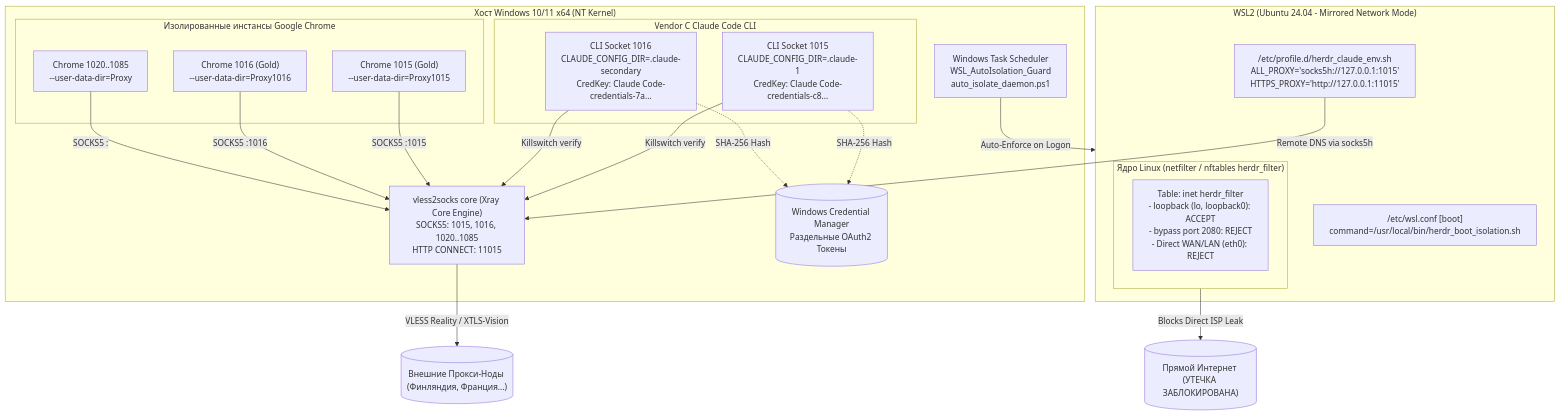
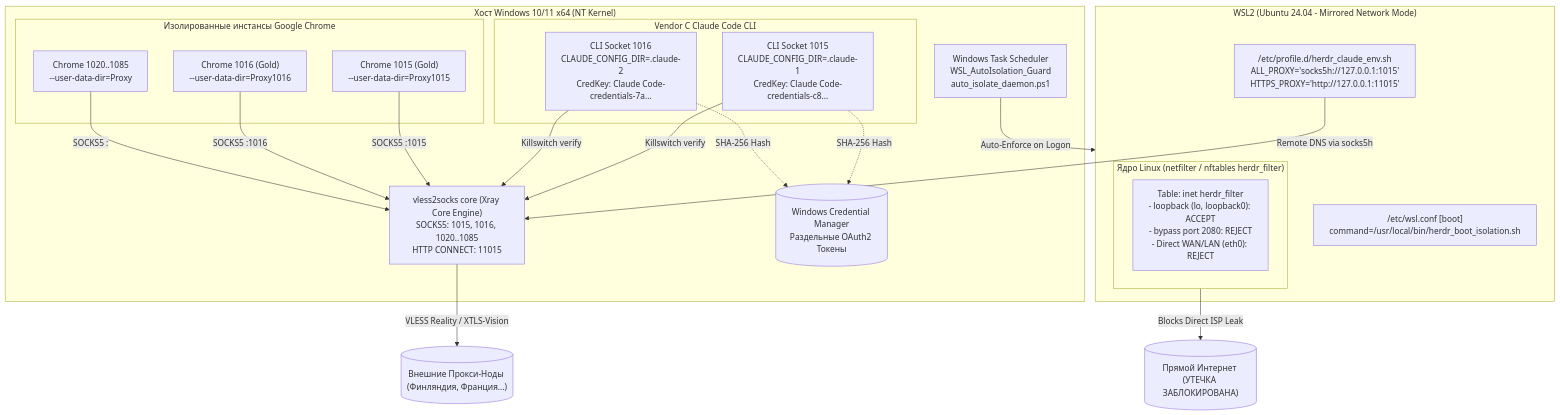
Before and after one commit to captainmaclay/vless2socks: the diagram in initial_start.md, drawn with Mermaid. The commit also changed other lines of this file and 17 other files, not shown here.

````diff
--- a/initial_start.md
+++ b/initial_start.md
@@ -73,42 +73,42 @@
 ```mermaid
 flowchart TD
     subgraph Host["Хост Windows 10/11 x64 (NT Kernel)"]
         vless["vless2socks core (Xray Core Engine)<br/>SOCKS5: 1015, 1016, 1020..1085<br/>HTTP CONNECT: 11015"]
         
         subgraph CLI_Profiles["Vendor C Claude Code CLI"]
             p1015["CLI Socket 1015<br/>CLAUDE_CONFIG_DIR=.claude-1<br/>CredKey: Claude Code-credentials-c8..."]
-            p1016["CLI Socket 1016<br/>CLAUDE_CONFIG_DIR=.claude-secondary<br/>CredKey: Claude Code-credentials-7a..."]
+            p1016["CLI Socket 1016<br/>CLAUDE_CONFIG_DIR=.claude-2<br/>CredKey: Claude Code-credentials-7a..."]
         end
 
         subgraph Chrome_Profiles["Изолированные инстансы Google Chrome"]
             ch1015["Chrome 1015 (Gold)<br/>--user-data-dir=Proxy1015"]
             ch1016["Chrome 1016 (Gold)<br/>--user-data-dir=Proxy1016"]
             chOther["Chrome 1020..1085<br/>--user-data-dir=Proxy<PORT>"]
         end
 
         guard["Windows Task Scheduler<br/>WSL_AutoIsolation_Guard<br/>auto_isolate_daemon.ps1"]
         credMgr[("Windows Credential Manager<br/>Раздельные OAuth2 Токены")]
     end
 
     subgraph WSL_Linux["WSL2 (Ubuntu 24.04 - Mirrored Network Mode)"]
         subgraph KernelNetfilter["Ядро Linux (netfilter / nftables herdr_filter)"]
             filterTable["Table: inet herdr_filter<br/>- loopback (lo, loopback0): ACCEPT<br/>- bypass port 2080: REJECT<br/>- Direct WAN/LAN (eth0): REJECT"]
         end
         wslProfile["/etc/profile.d/herdr_claude_env.sh<br/>ALL_PROXY='socks5h://127.0.0.1:1015'<br/>HTTPS_PROXY='http://127.0.0.1:11015'"]
         bootContainment["/etc/wsl.conf [boot]<br/>command=/usr/local/bin/herdr_boot_isolation.sh"]
     end
 
     p1015 -->|"Killswitch verify"| vless
     p1016 -->|"Killswitch verify"| vless
     p1015 -.->|"SHA-256 Hash"| credMgr
     p1016 -.->|"SHA-256 Hash"| credMgr
 
     ch1015 -->|"SOCKS5 :1015"| vless
     ch1016 -->|"SOCKS5 :1016"| vless
     chOther -->|"SOCKS5 :<PORT>"| vless
 
     guard -->|"Auto-Enforce on Logon"| WSL_Linux
     wslProfile -->|"Remote DNS via socks5h"| vless
     KernelNetfilter -->|"Blocks Direct ISP Leak"| InternetDirect[("Прямой Интернет (УТЕЧКА ЗАБЛОКИРОВАНА)")]
     vless -->|"VLESS Reality / XTLS-Vision"| RemoteEgress[("Внешние Прокси-Ноды (Финляндия, Франция...)")]
 ```
````
